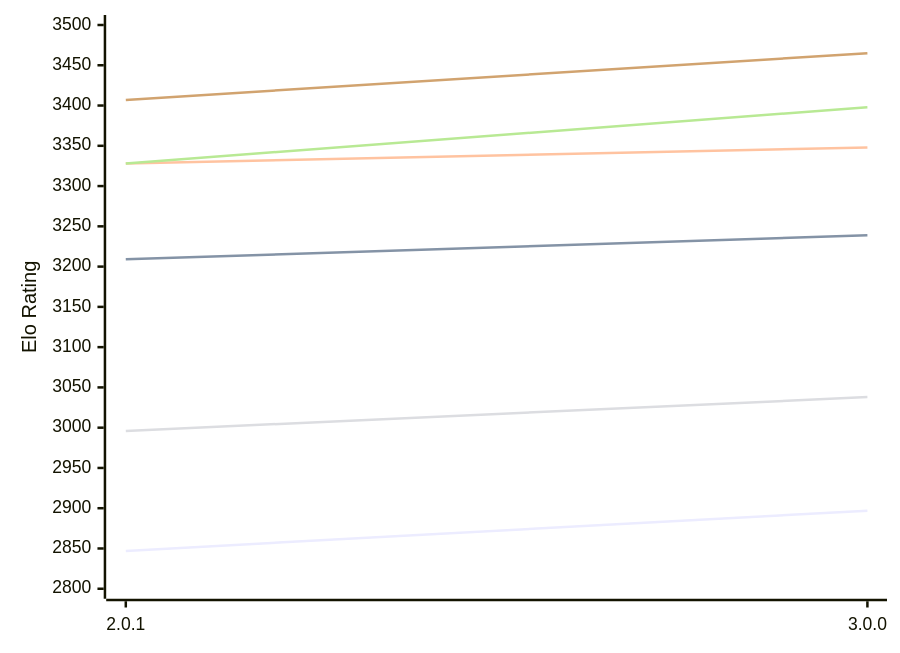
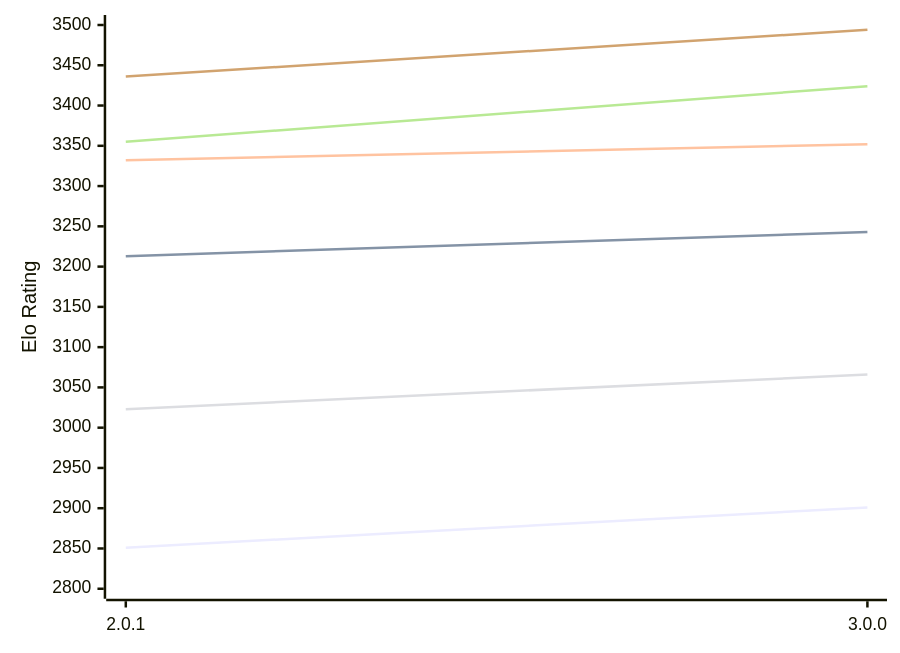
One commit to computer-chess-index/cci changed the first of 2 diagrams in engines/Grail.md. Above: the diagram before and after it, drawn with Mermaid. The commit also changed other lines of this file, not shown here.

Commit message:
Update CCI Ratings (ELO VLTC) - 2026-10-21

````diff
--- a/engines/Grail.md
+++ b/engines/Grail.md
@@ -56,12 +56,12 @@
 ```mermaid
 %%{init: {"theme":"base","themeVariables":{"seriesColors:['#a3a3a3','#222221','#faa371']}}}%%
 xychart-beta
   x-axis ["2.0.1", "3.0.0"]
   y-axis "Elo Rating" 2800 --> 3500
-  line "E1: STC (8.0+0.08s)" [2847, 2897]
-  line "E1: LTC (60.0+0.60s)" [3209, 3239]
-  line "E1: VLTC (2m24s+1.12s)" [3328, 3348]
-  line "P1: STC (8.0+0.08s)" [2996, 3038]
-  line "P1: LTC (60.0+0.60s)" [3328, 3398]
-  line "P1: VLTC (2m24s+1.12s)" [3407, 3465]
+  line "E1: STC (8.0+0.08s)" [2851, 2901]
+  line "E1: LTC (60.0+0.60s)" [3213, 3243]
+  line "E1: VLTC (2m24s+1.12s)" [3332, 3352]
+  line "P1: STC (8.0+0.08s)" [3023, 3066]
+  line "P1: LTC (60.0+0.60s)" [3355, 3424]
+  line "P1: VLTC (2m24s+1.12s)" [3436, 3494]
 ```
````
